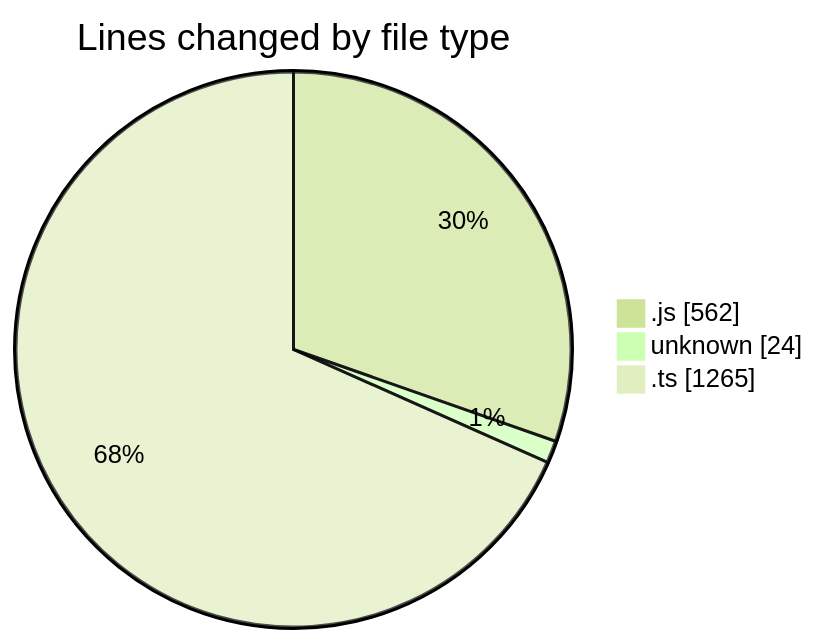
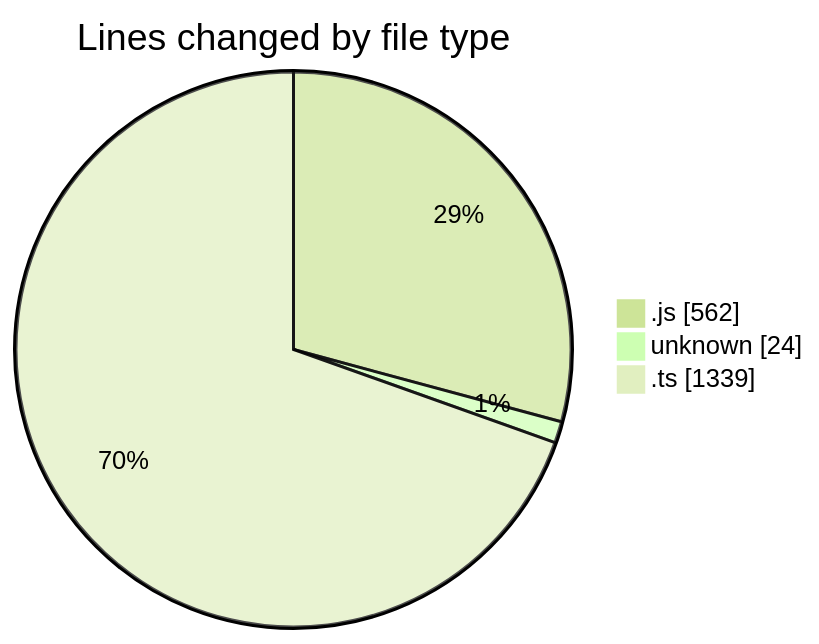
Before and after one commit to momahboobian/code-tracking: the first of 2 diagrams in 2025-02-05/cda/README.md, drawn with Mermaid (forest theme). The commit also changed other lines of this file and 1 other file, not shown here.

````diff
--- a/2025-02-05/cda/README.md
+++ b/2025-02-05/cda/README.md
@@ -32,7 +32,7 @@
 ```mermaid
 pie showData
 title Lines changed by file type
 ".js" : 562
 "unknown" : 24
-".ts" : 1265
+".ts" : 1339
 ```
````
